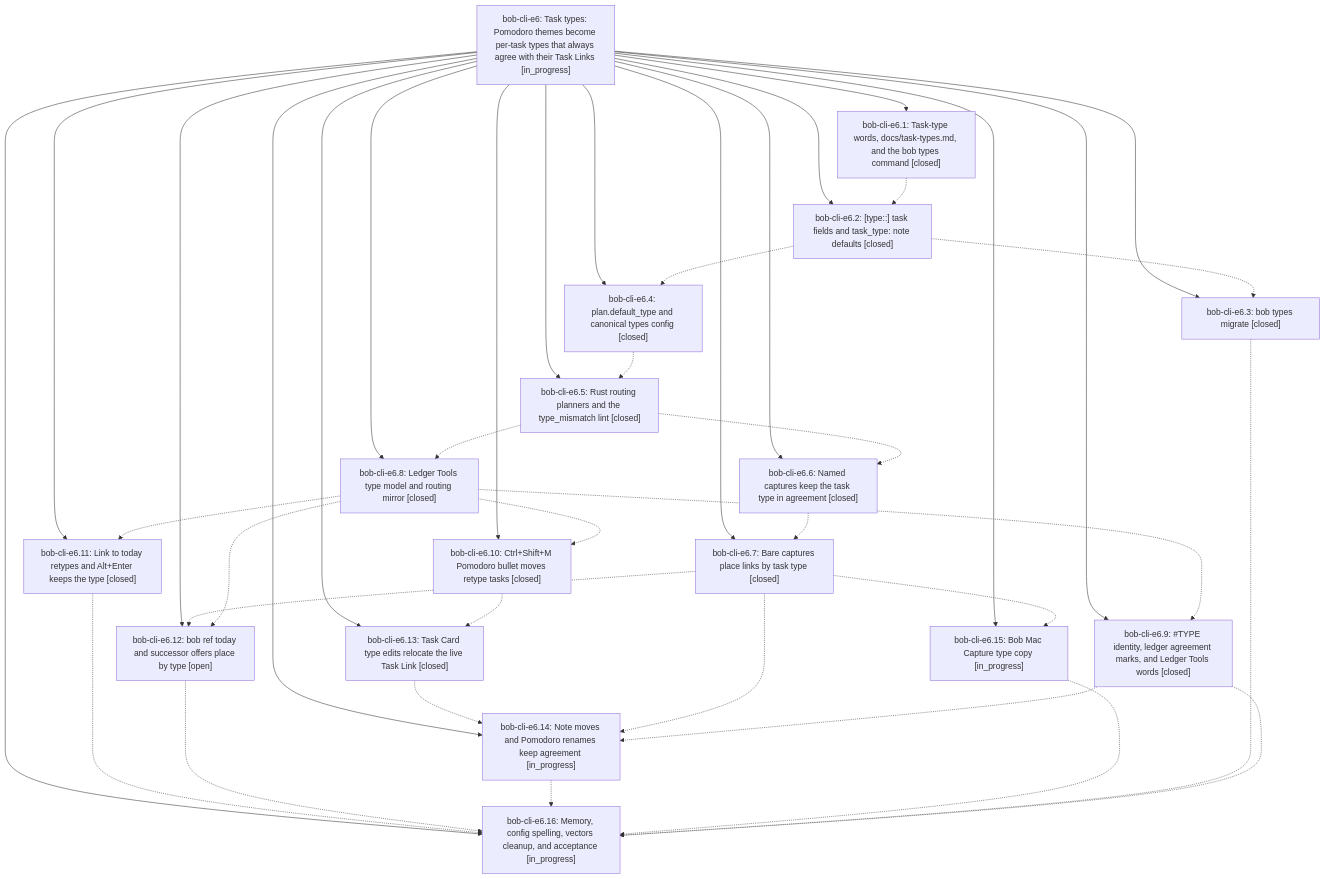
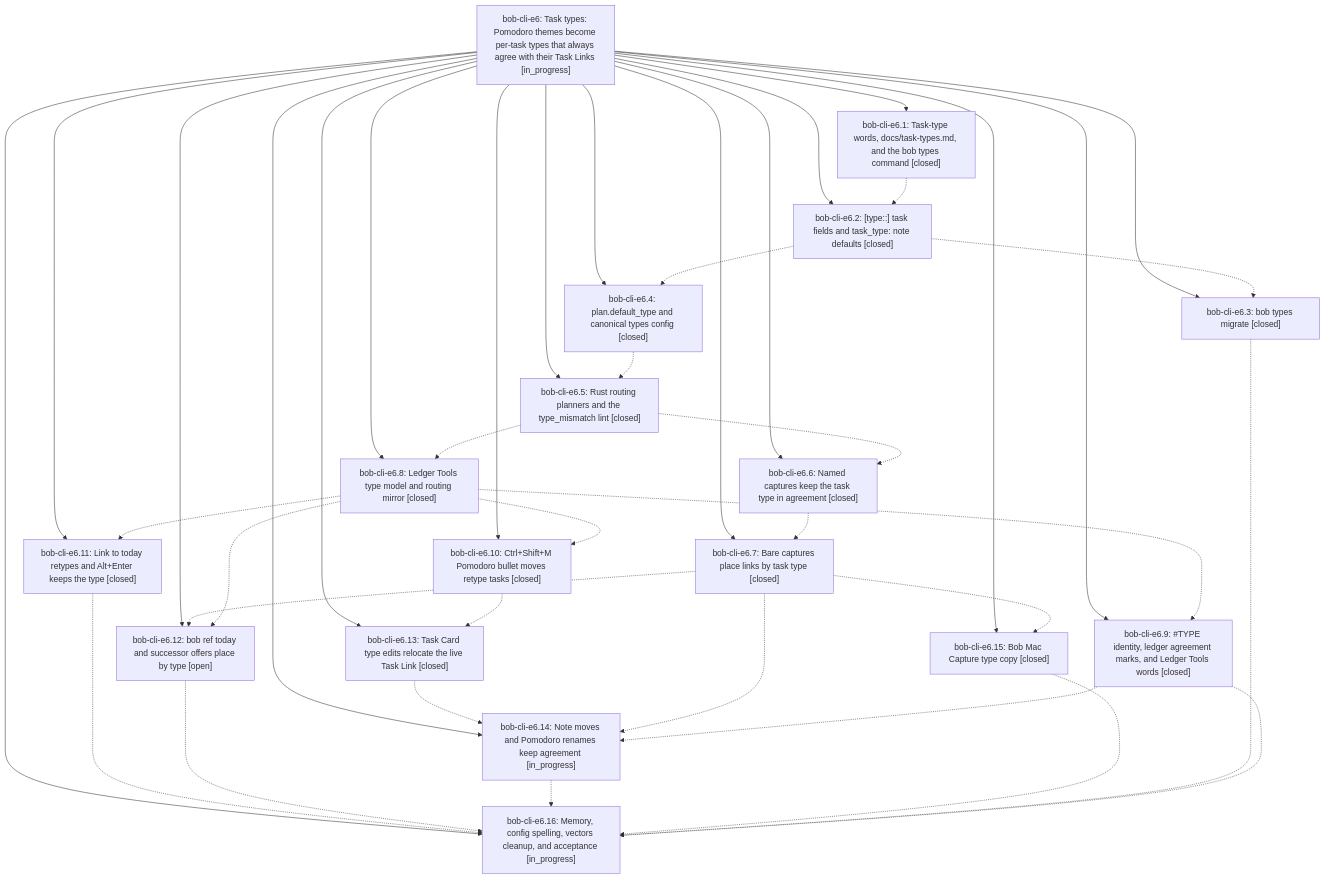
One commit to bobs-org/bob-cli--beads changed the diagram in pages/bob-cli-e6/README.md. Above: the diagram before and after it, drawn with Mermaid. The commit also changed other lines of this file and 8 other files, not shown here.

First line of the commit message:
chore(beads): sync bead state and pages for bob-cli-e6

````diff
--- a/pages/bob-cli-e6/README.md
+++ b/pages/bob-cli-e6/README.md
@@ -63,59 +63,59 @@
 ```mermaid
 flowchart TD
     n0["bob-cli-e6: Task types: Pomodoro themes become per-task types that always agree with their Task Links [in_progress]"]
     n1["bob-cli-e6.1: Task-type words, docs/task-types.md, and the bob types command [closed]"]
     n2["bob-cli-e6.10: Ctrl+Shift+M Pomodoro bullet moves retype tasks [closed]"]
     n3["bob-cli-e6.11: Link to today retypes and Alt+Enter keeps the type [closed]"]
     n4["bob-cli-e6.12: bob ref today and successor offers place by type [open]"]
     n5["bob-cli-e6.13: Task Card type edits relocate the live Task Link [closed]"]
     n6["bob-cli-e6.14: Note moves and Pomodoro renames keep agreement [in_progress]"]
-    n7["bob-cli-e6.15: Bob Mac Capture type copy [in_progress]"]
+    n7["bob-cli-e6.15: Bob Mac Capture type copy [closed]"]
     n8["bob-cli-e6.16: Memory, config spelling, vectors cleanup, and acceptance [in_progress]"]
     n9["bob-cli-e6.2: [type::] task fields and task_type: note defaults [closed]"]
     n10["bob-cli-e6.3: bob types migrate [closed]"]
     n11["bob-cli-e6.4: plan.default_type and canonical types config [closed]"]
     n12["bob-cli-e6.5: Rust routing planners and the type_mismatch lint [closed]"]
     n13["bob-cli-e6.6: Named captures keep the task type in agreement [closed]"]
     n14["bob-cli-e6.7: Bare captures place links by task type [closed]"]
     n15["bob-cli-e6.8: Ledger Tools type model and routing mirror [closed]"]
     n16["bob-cli-e6.9: #TYPE identity, ledger agreement marks, and Ledger Tools words [closed]"]
     n0 --> n1
     n0 --> n2
     n0 --> n3
     n0 --> n4
     n0 --> n5
     n0 --> n6
     n0 --> n7
     n0 --> n8
     n0 --> n9
     n0 --> n10
     n0 --> n11
     n0 --> n12
     n0 --> n13
     n0 --> n14
     n0 --> n15
     n0 --> n16
     n1 -.-> n9
     n2 -.-> n5
     n3 -.-> n8
     n4 -.-> n8
     n5 -.-> n6
     n6 -.-> n8
     n7 -.-> n8
     n9 -.-> n10
     n9 -.-> n11
     n10 -.-> n8
     n11 -.-> n12
     n12 -.-> n13
     n12 -.-> n15
     n13 -.-> n14
     n14 -.-> n4
     n14 -.-> n6
     n14 -.-> n7
     n15 -.-> n2
     n15 -.-> n3
     n15 -.-> n4
     n15 -.-> n16
     n16 -.-> n6
     n16 -.-> n8
 ```
````
